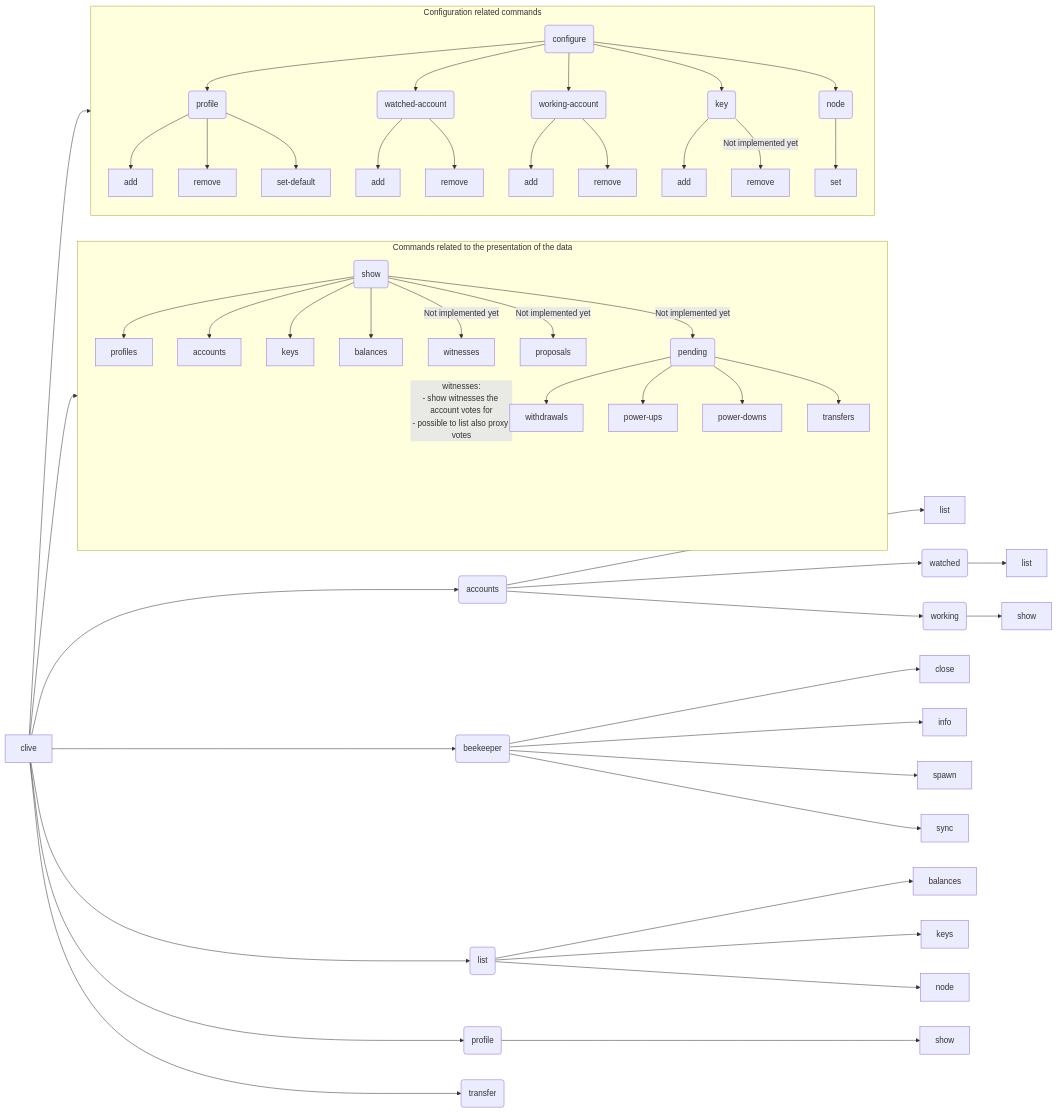
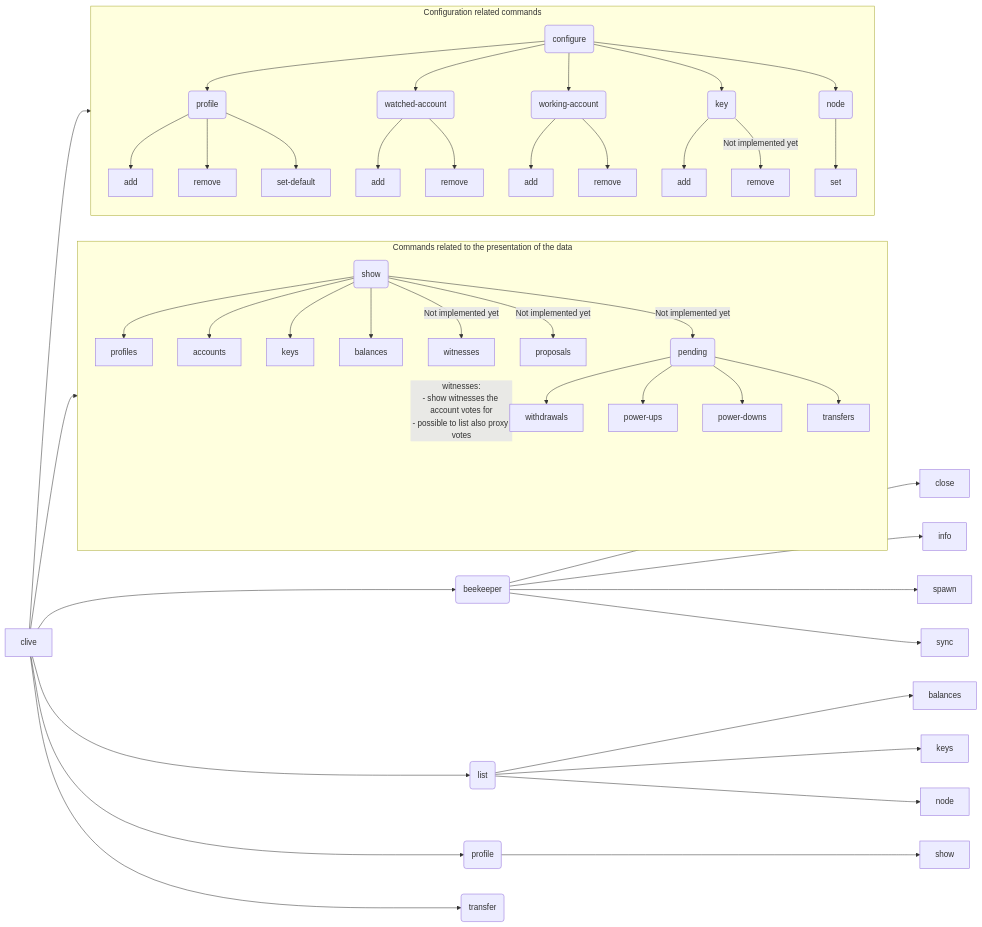
Before and after one commit to openhive-network/clive: the diagram in clive/__private/cli/commands_structure.md, drawn with Mermaid. The commit also changed 5 other files, not shown here.

Commit message:
Move and rename the `show accounts` command

````diff
--- a/clive/__private/cli/commands_structure.md
+++ b/clive/__private/cli/commands_structure.md
@@ -16,67 +16,61 @@
 ```mermaid
 flowchart LR
     Clive[clive] --> Configuration
     Clive --> Presentation
 
     subgraph Presentation[Commands related to the presentation of the data]
         Show(show) --> ShowProfiles[profiles]
 
         Show --> ShowAccounts[accounts]
 
         Show --> ShowKeys[keys]
 
         Show --> ShowBalances[balances]
 
         Show -->|"Not implemented yet"| ShowWitnesses[witnesses]
         ShowWitnesses ~~~|"witnesses:<br>- show witnesses the account votes for<br>- possible to list also proxy votes"| ShowWitnesses
 
         Show -->|"Not implemented yet"| ShowProposals[proposals]
 
         Show -->|"Not implemented yet"| ShowPending(pending)
         ShowPending --> ShowPendingTransferFromSavings[withdrawals]
         ShowPending --> ShowPendingPowerUps[power-ups]
         ShowPending --> ShowPendingPowerDowns[power-downs]
         ShowPending --> ShowPendingRecurrentTransfers[transfers]
     end
 
     subgraph Configuration[Configuration related commands]
         Configure(configure) --> ConfigureProfile(profile)
         ConfigureProfile --> CreateProfile[add]
         ConfigureProfile --> DeleteProfile[remove]
         ConfigureProfile --> SetDefaultProfile[set-default]
 
         Configure --> ConfigureWatchedAccount(watched-account)
         ConfigureWatchedAccount --> AddWatchedAccount[add]
         ConfigureWatchedAccount --> RemoveWatchedAccount[remove]
 
         Configure --> ConfigureWorkingAccount(working-account)
         ConfigureWorkingAccount --> AddWorkingAccount[add]
         ConfigureWorkingAccount --> RemoveWorkingAccount[remove]
 
         Configure --> ConfigureKey(key)
         ConfigureKey --> AddKey[add]
         ConfigureKey -->|"Not implemented yet"| RemoveKey[remove]
 
         Configure --> ConfigureNode(node)
         ConfigureNode --> SetNode[set]
     end
 
-    Clive[clive] --> Accounts(accounts)
-    Accounts --> AccountsList[list]
-    Accounts --> AccountsWatched(watched)
-    Accounts --> AccountsWorking(working)
-    AccountsWatched --> AccountsWatchedList[list]
-    AccountsWorking --> AccountsWorkingShow[show]
     Clive --> Beekeeper(beekeeper)
     Beekeeper --> BeekeeperClose[close]
     Beekeeper --> BeekeeperInfo[info]
     Beekeeper --> BeekeeperSpawn[spawn]
     Beekeeper --> BeekeeperSync[sync]
     Clive --> List(list)
     List --> ListBalances[balances]
     List --> ListKeys[keys]
     List --> ListNode[node]
     Clive --> Profile(profile)
     Profile --> ProfileShow[show]
     Clive --> Transfer(transfer)
 ```
````
